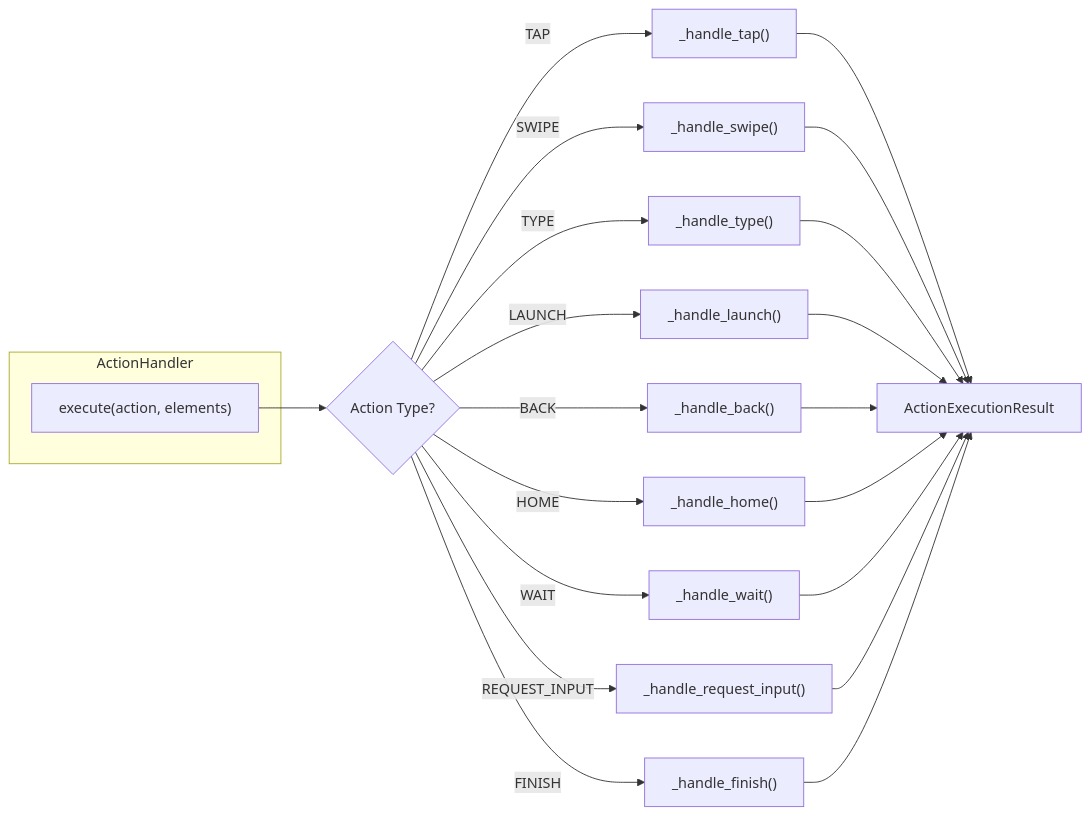
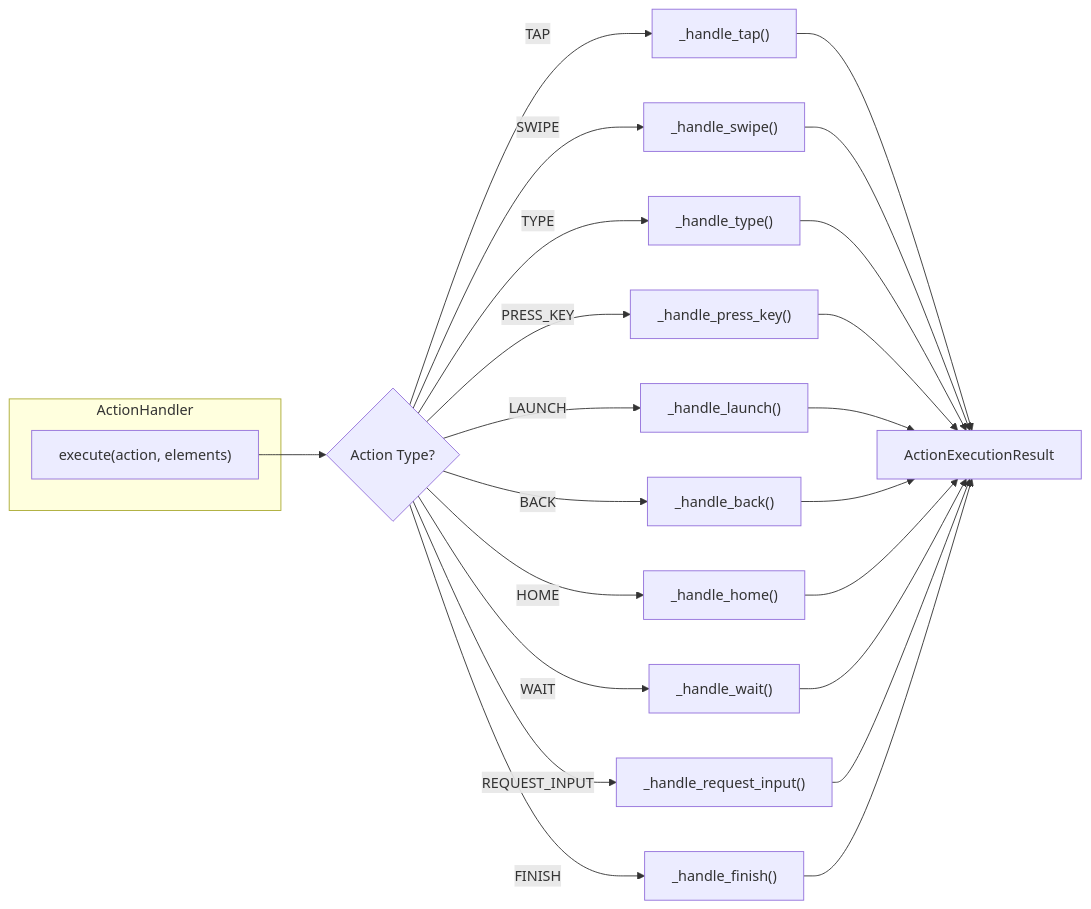
One commit to varunaditya27/android-ai-agent changed the second of 9 diagrams in ARCHITECTURE.md. Above: the diagram before and after it, drawn with Mermaid. The commit also changed other lines of this file and 3 other files, not shown here.

````diff
--- a/ARCHITECTURE.md
+++ b/ARCHITECTURE.md
@@ -368,28 +370,30 @@
 ```mermaid
 flowchart LR
     subgraph ActionHandler
         Execute["execute(action, elements)"]
     end
 
     Execute --> Router{Action Type?}
 
     Router -->|TAP| Tap["_handle_tap()"]
     Router -->|SWIPE| Swipe["_handle_swipe()"]
     Router -->|TYPE| Type["_handle_type()"]
+    Router -->|PRESS_KEY| PressKey["_handle_press_key()"]
     Router -->|LAUNCH| Launch["_handle_launch()"]
     Router -->|BACK| Back["_handle_back()"]
     Router -->|HOME| Home["_handle_home()"]
     Router -->|WAIT| Wait["_handle_wait()"]
     Router -->|REQUEST_INPUT| Input["_handle_request_input()"]
     Router -->|FINISH| Finish["_handle_finish()"]
 
     Tap --> Result["ActionExecutionResult"]
     Swipe --> Result
     Type --> Result
+    PressKey --> Result
     Launch --> Result
     Back --> Result
     Home --> Result
     Wait --> Result
     Input --> Result
     Finish --> Result
 ```
````
